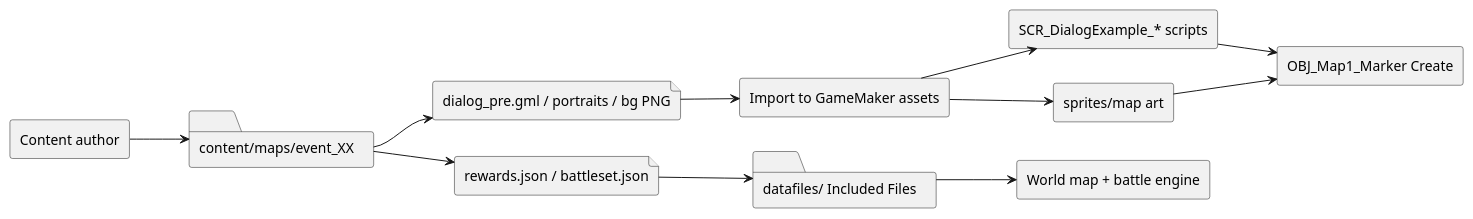
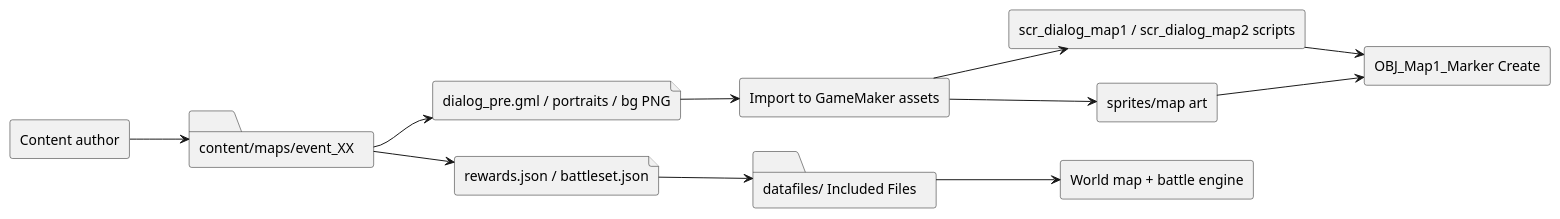
Before and after one commit to ThienNhanOng/ProjectCardGame: the diagram in reference/uml/00_content_pipeline.puml, drawn with PlantUML. The commit also changed 799 other files, not shown here.

```diff
--- a/reference/uml/00_content_pipeline.puml
+++ b/reference/uml/00_content_pipeline.puml
@@ -1,27 +1,27 @@
 @startuml 00_content_pipeline
 left to right direction
 skinparam componentStyle rectangle
 
 [Content author] as author
 folder "content/maps/event_XX" as content
 file "dialog_pre.gml / portraits / bg PNG" as dialog_src
 file "rewards.json / battleset.json" as event_json
 [Import to GameMaker assets] as import
 folder "datafiles/ Included Files" as datafiles
-[SCR_DialogExample_* scripts] as scripts
+[scr_dialog_map1 / scr_dialog_map2 scripts] as scripts
 [sprites/map art] as sprites
 [OBJ_Map1_Marker Create] as marker
 [World map + battle engine] as engine
 
 author --> content
 content --> dialog_src
 content --> event_json
 dialog_src --> import
 event_json --> datafiles
 import --> scripts
 import --> sprites
 scripts --> marker
 sprites --> marker
 datafiles --> engine
 
 @enduml
```
